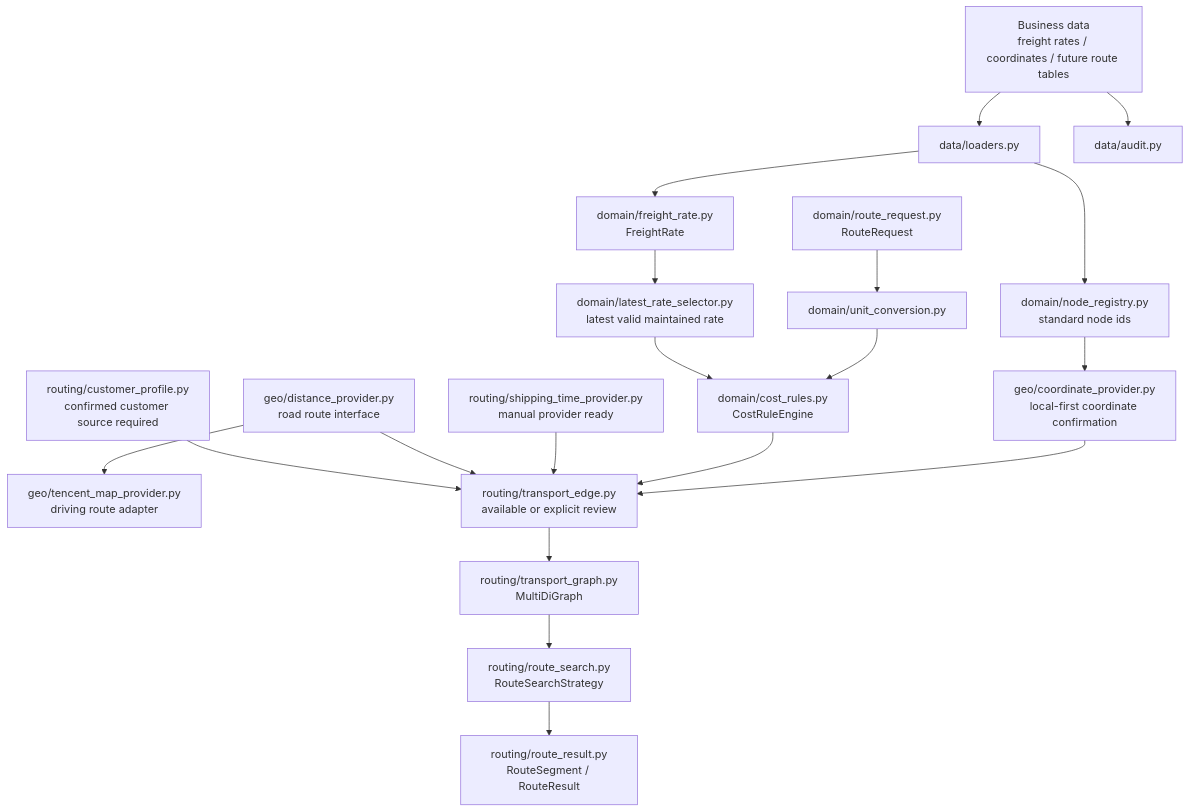
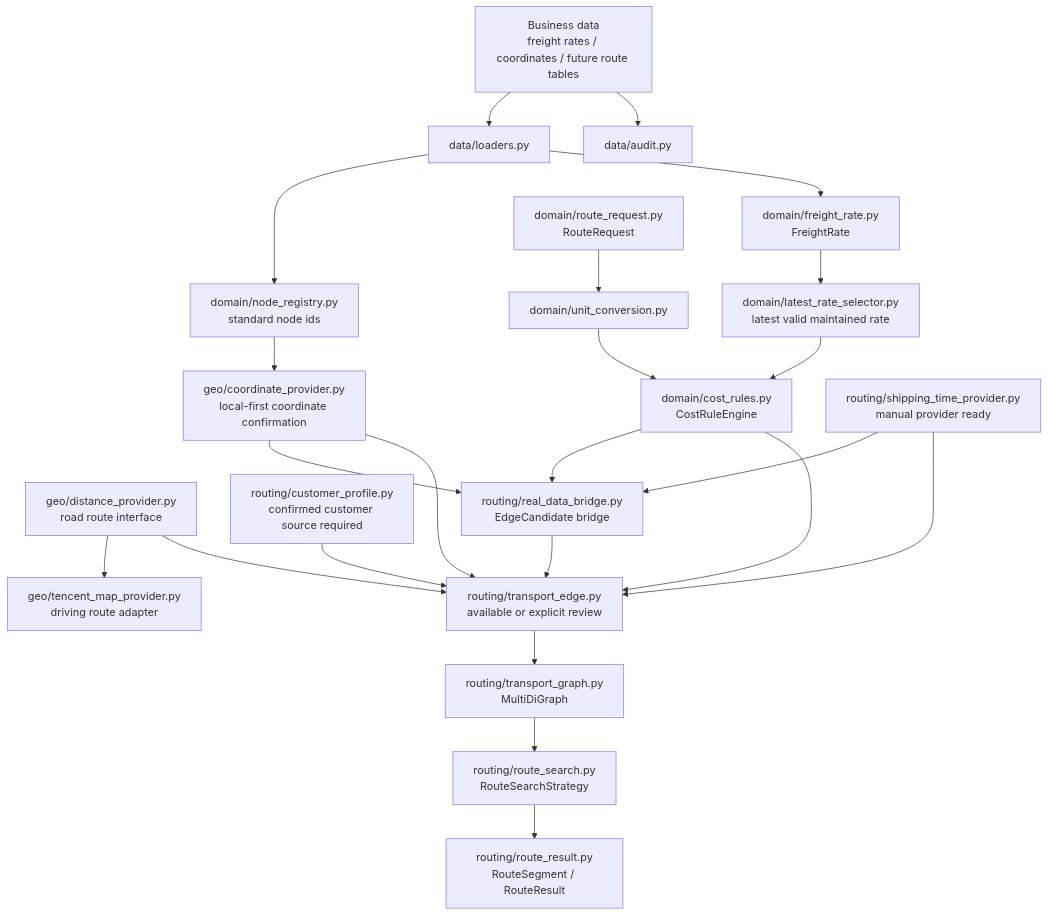
The second of 2 diagrams in docs/ARCHITECTURE.md (yumenou92-netizen/From-Port-to-Factory-A-Project-on-Transport-Route-Inference-Based-on-an-Open-Mapping-Platform), drawn with Mermaid before and after one commit. The commit also changed other lines of this file and 10 other files, not shown here.

First line of the commit message:
feat(routing): bridge real candidates into formal search

````diff
--- a/docs/ARCHITECTURE.md
+++ b/docs/ARCHITECTURE.md
@@ -49,30 +51,35 @@
 ```mermaid
 flowchart TD
     A["Business data<br/>freight rates / coordinates / future route tables"] --> B["data/loaders.py"]
     A --> C["data/audit.py"]
 
     B --> D["domain/node_registry.py<br/>standard node ids"]
     D --> D2["geo/coordinate_provider.py<br/>local-first coordinate confirmation"]
     B --> E["domain/freight_rate.py<br/>FreightRate"]
     E --> E2["domain/latest_rate_selector.py<br/>latest valid maintained rate"]
 
     F["domain/route_request.py<br/>RouteRequest"] --> G["domain/unit_conversion.py"]
     G --> H["domain/cost_rules.py<br/>CostRuleEngine"]
     E2 --> H
 
     I["routing/shipping_time_provider.py<br/>manual provider ready"]
     J["geo/distance_provider.py<br/>road route interface"]
     J2["geo/tencent_map_provider.py<br/>driving route adapter"]
     K["routing/customer_profile.py<br/>confirmed customer source required"]
 
-    D2 --> L["routing/transport_edge.py<br/>available or explicit review"]
+    RB["routing/real_data_bridge.py<br/>EdgeCandidate bridge"]
+    D2 --> RB
+    H --> RB
+    I --> RB
+    RB --> L["routing/transport_edge.py<br/>available or explicit review"]
+    D2 --> L
     H --> L
     I --> L
     J --> J2
     J --> L
     K --> L
 
     L --> M["routing/transport_graph.py<br/>MultiDiGraph"]
     M --> N["routing/route_search.py<br/>RouteSearchStrategy"]
     N --> O["routing/route_result.py<br/>RouteSegment / RouteResult"]
 ```
````
